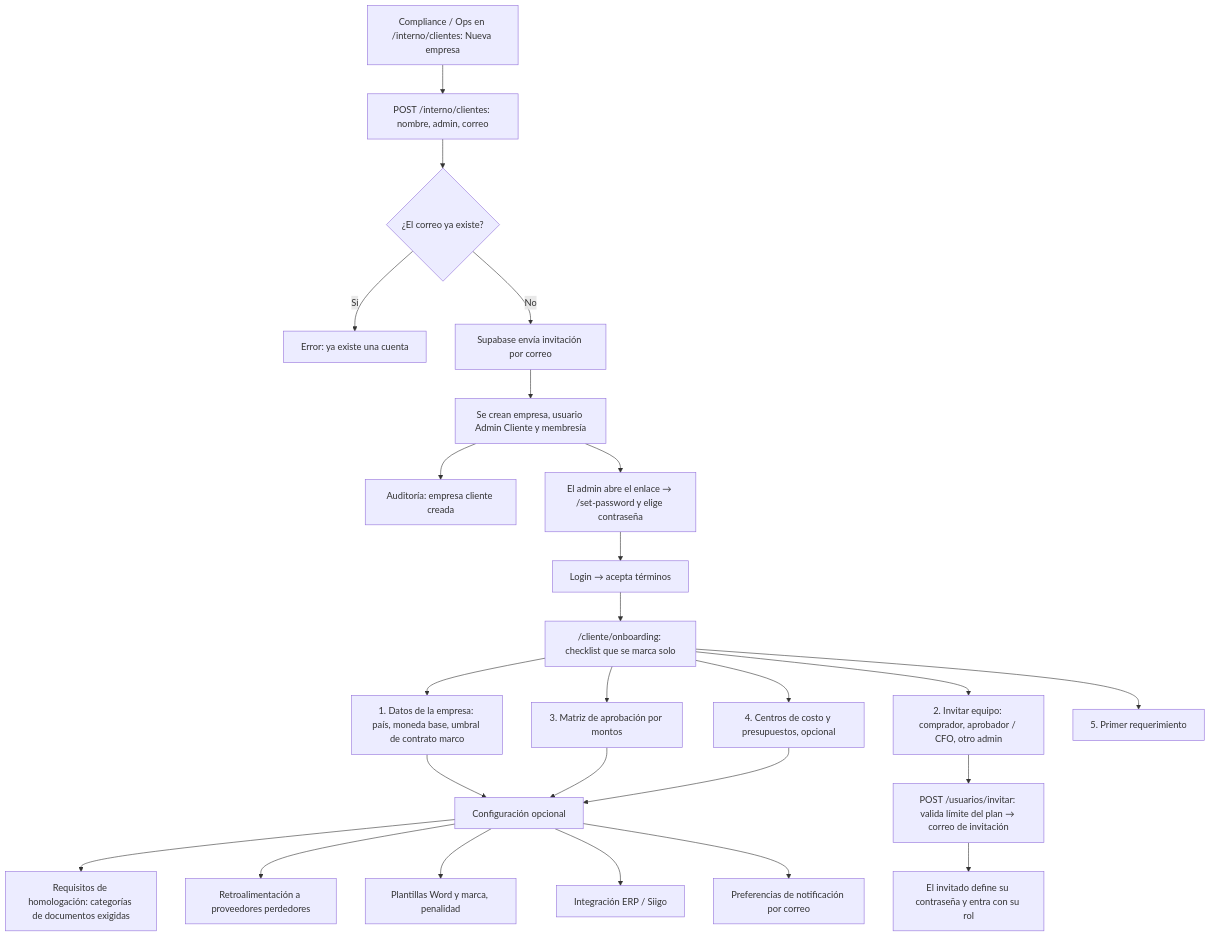
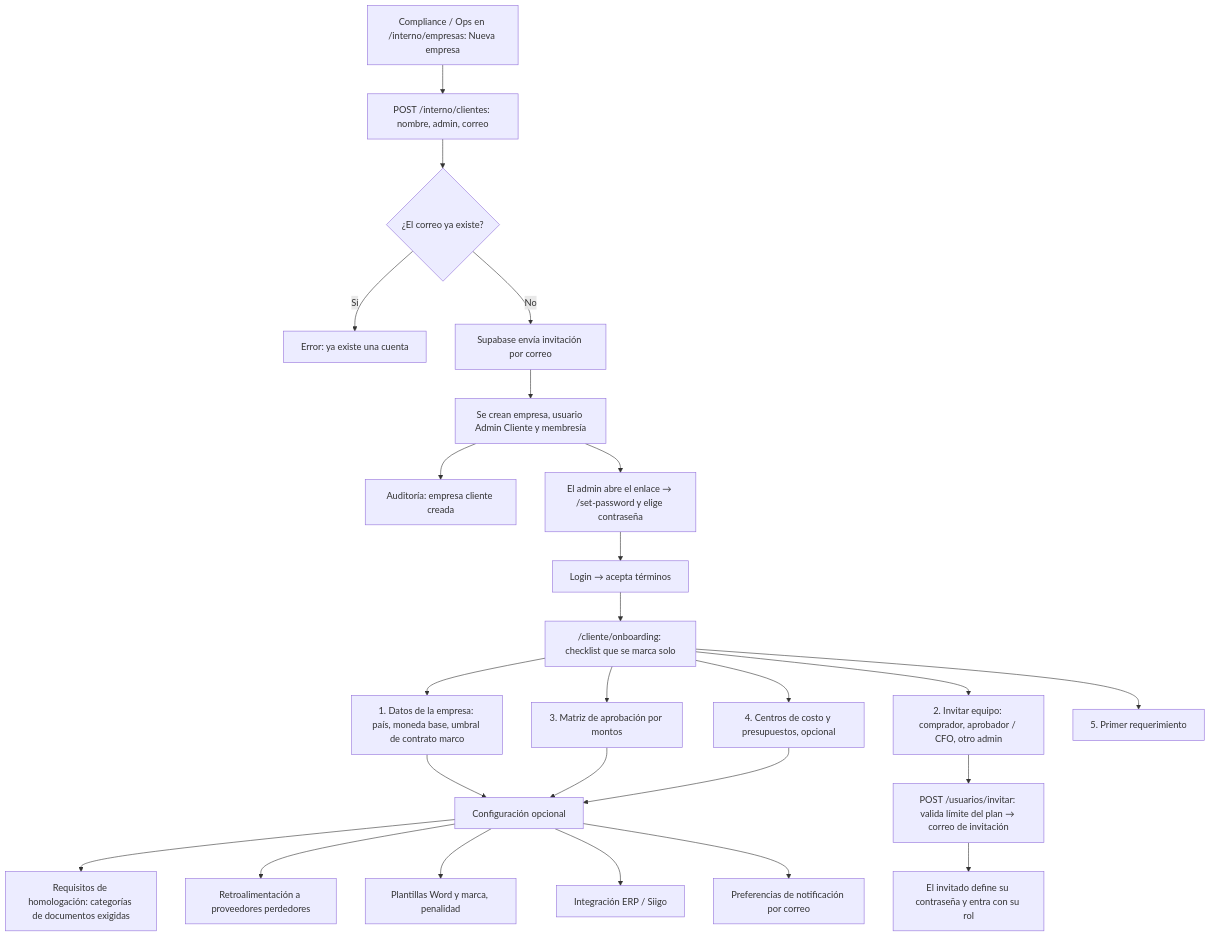
The fourth of 34 diagrams in docs/DIAGRAMAS-FLUJO.md (johnalecc21/bolt_pro), drawn with Mermaid before and after one commit. The commit also changed other lines of this file and 35 other files, not shown here.

First line of the commit message:
Quitar disputas; panel interno solo para empresas y homologación

````diff
--- a/docs/DIAGRAMAS-FLUJO.md
+++ b/docs/DIAGRAMAS-FLUJO.md
@@ -141,25 +141,25 @@
 ```mermaid
 flowchart TD
-    A["Compliance / Ops en /interno/clientes: Nueva empresa"] --> B["POST /interno/clientes: nombre, admin, correo"]
+    A["Compliance / Ops en /interno/empresas: Nueva empresa"] --> B["POST /interno/clientes: nombre, admin, correo"]
     B --> C{"¿El correo ya existe?"}
     C -->|"Sí"| C1["Error: ya existe una cuenta"]
     C -->|"No"| D["Supabase envía invitación por correo"]
     D --> E["Se crean empresa, usuario Admin Cliente y membresía"]
     E --> E1["Auditoría: empresa cliente creada"]
     E --> F["El admin abre el enlace → /set-password y elige contraseña"]
     F --> G["Login → acepta términos"]
     G --> H["/cliente/onboarding: checklist que se marca solo"]
     H --> H1["1. Datos de la empresa: país, moneda base, umbral de contrato marco"]
     H --> H2["2. Invitar equipo: comprador, aprobador / CFO, otro admin"]
     H --> H3["3. Matriz de aprobación por montos"]
     H --> H4["4. Centros de costo y presupuestos, opcional"]
     H --> H5["5. Primer requerimiento"]
     H2 --> I["POST /usuarios/invitar: valida límite del plan → correo de invitación"]
     I --> J["El invitado define su contraseña y entra con su rol"]
     H1 & H3 & H4 --> K["Configuración opcional"]
     K --> K1["Requisitos de homologación: categorías de documentos exigidas"]
     K --> K2["Retroalimentación a proveedores perdedores"]
     K --> K3["Plantillas Word y marca, penalidad"]
     K --> K4["Integración ERP / Siigo"]
     K --> K5["Preferencias de notificación por correo"]
 ```
````
